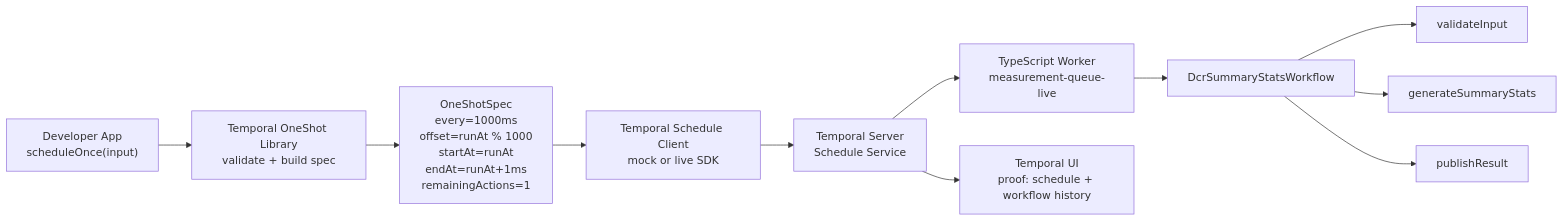
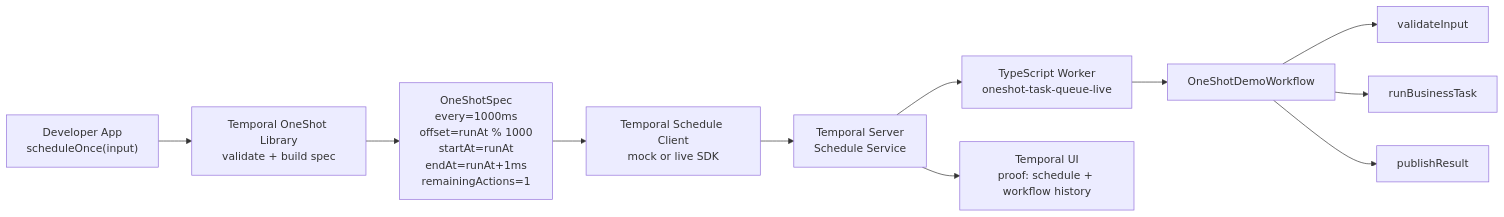
One commit to harimanasa/Temporal-OneShot changed the first of 2 diagrams in ARCHITECTURE.md. Above: the diagram before and after it, drawn with Mermaid. The commit also changed other lines of this file and 10 other files, not shown here.

Commit message:
Rename demo workflow and queue

````diff
--- a/ARCHITECTURE.md
+++ b/ARCHITECTURE.md
@@ -5,13 +5,13 @@
 ```mermaid
 flowchart LR
   Dev["Developer App<br/>scheduleOnce(input)"] --> Lib["Temporal OneShot Library<br/>validate + build spec"]
   Lib --> Plan["OneShotSpec<br/>every=1000ms<br/>offset=runAt % 1000<br/>startAt=runAt<br/>endAt=runAt+1ms<br/>remainingActions=1"]
   Plan --> Client["Temporal Schedule Client<br/>mock or live SDK"]
   Client --> Server["Temporal Server<br/>Schedule Service"]
-  Server --> Worker["TypeScript Worker<br/>measurement-queue-live"]
-  Worker --> Workflow["DcrSummaryStatsWorkflow"]
+  Server --> Worker["TypeScript Worker<br/>oneshot-task-queue-live"]
+  Worker --> Workflow["OneShotDemoWorkflow"]
   Workflow --> A1["validateInput"]
-  Workflow --> A2["generateSummaryStats"]
+  Workflow --> A2["runBusinessTask"]
   Workflow --> A3["publishResult"]
   Server --> UI["Temporal UI<br/>proof: schedule + workflow history"]
 ```
````
